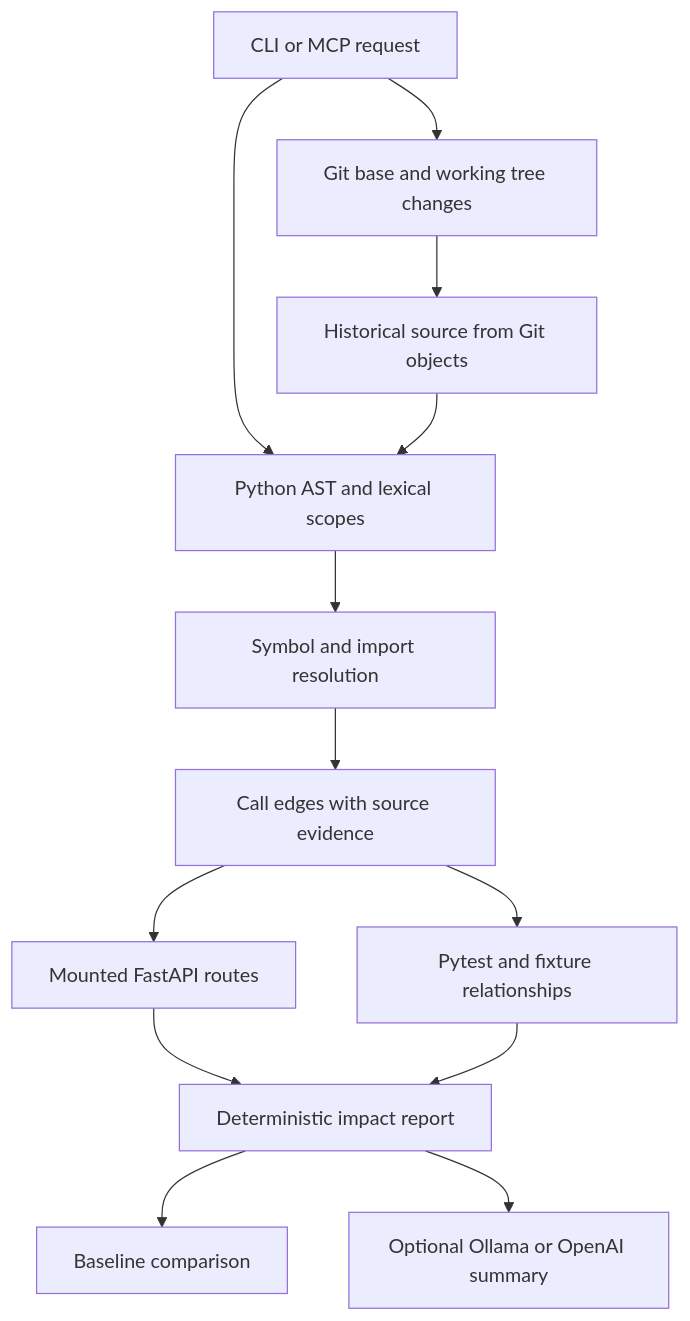
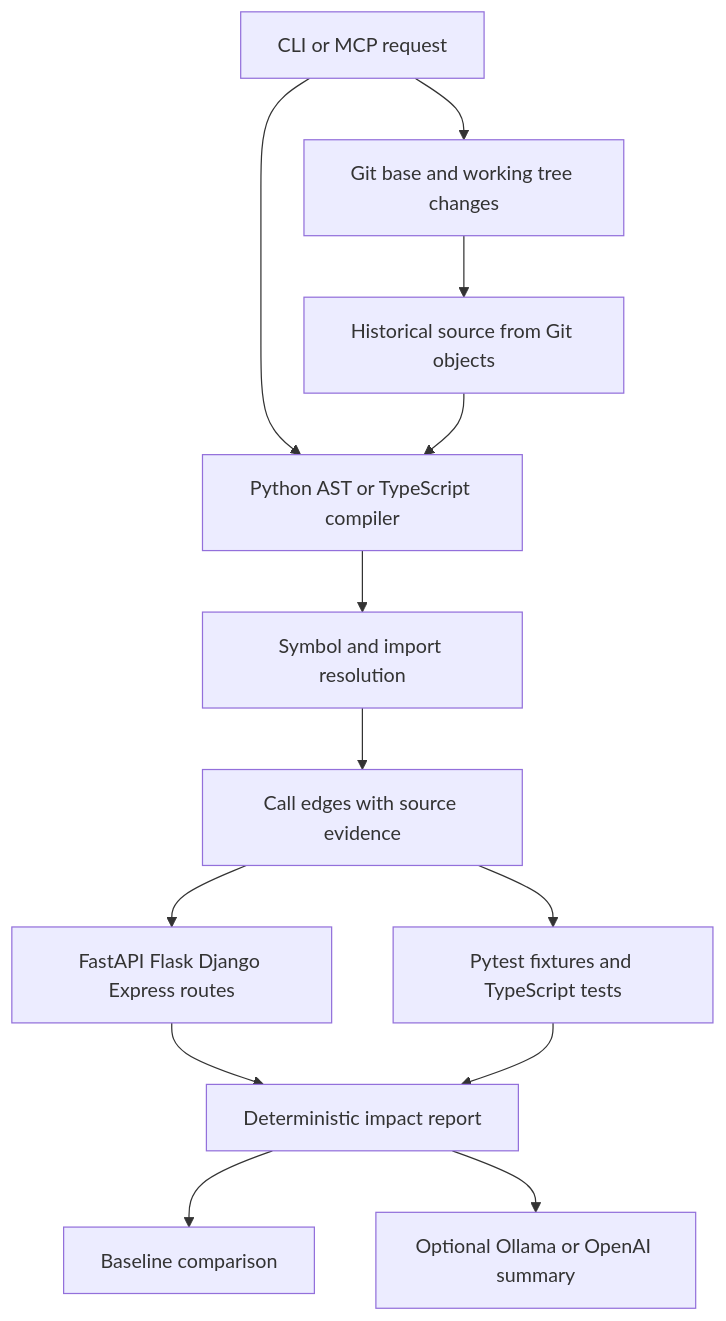
The diagram in docs/ARCHITECTURE.md (kvianAR/change-impact-investigator), drawn with Mermaid before and after one commit. The commit also changed other lines of this file and 15 other files, not shown here.

Commit message:
release: document and package advanced Python and TypeScript version 0.2.0

````diff
--- a/docs/ARCHITECTURE.md
+++ b/docs/ARCHITECTURE.md
@@ -3,15 +3,15 @@
 ```mermaid
 flowchart TD
     Agent[CLI or MCP request] --> Git[Git base and working tree changes]
-    Agent --> Parse[Python AST and lexical scopes]
+    Agent --> Parse[Python AST or TypeScript compiler]
     Git --> Historical[Historical source from Git objects]
     Historical --> Parse
     Parse --> Resolve[Symbol and import resolution]
     Resolve --> Graph[Call edges with source evidence]
-    Graph --> Routes[Mounted FastAPI routes]
-    Graph --> Tests[Pytest and fixture relationships]
+    Graph --> Routes[FastAPI Flask Django Express routes]
+    Graph --> Tests[Pytest fixtures and TypeScript tests]
     Routes --> Report[Deterministic impact report]
     Tests --> Report
     Report --> Snapshot[Baseline comparison]
     Report --> AI[Optional Ollama or OpenAI summary]
 ```
````
